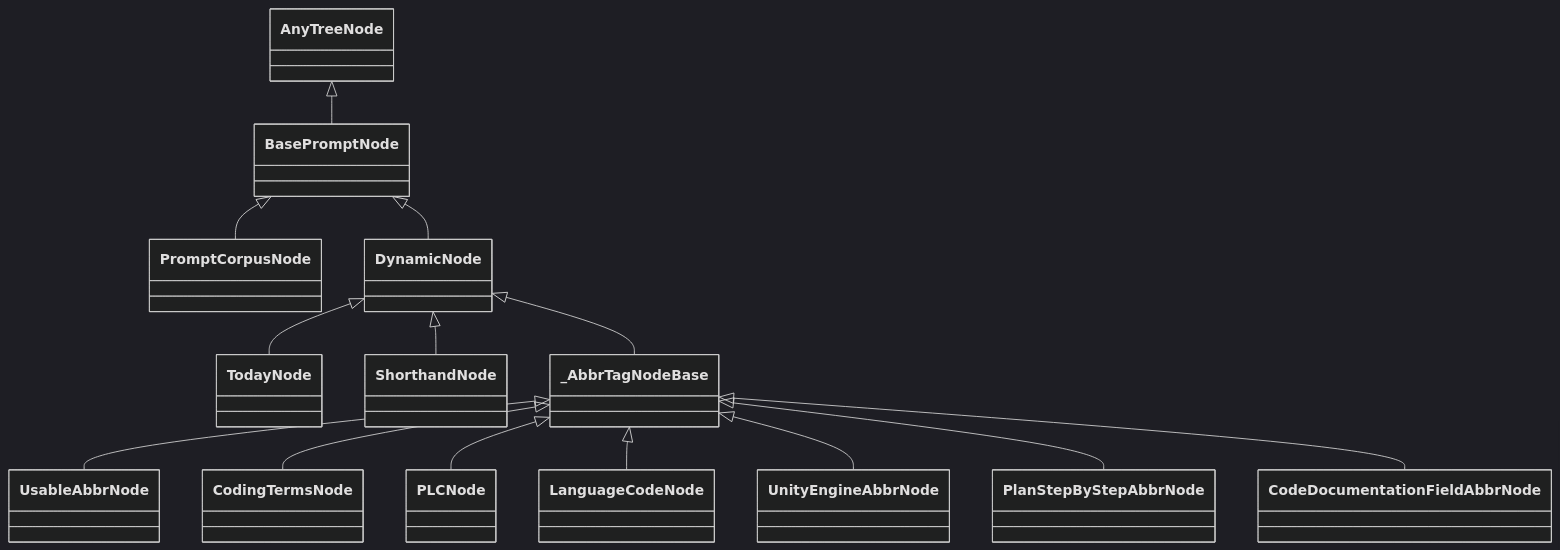
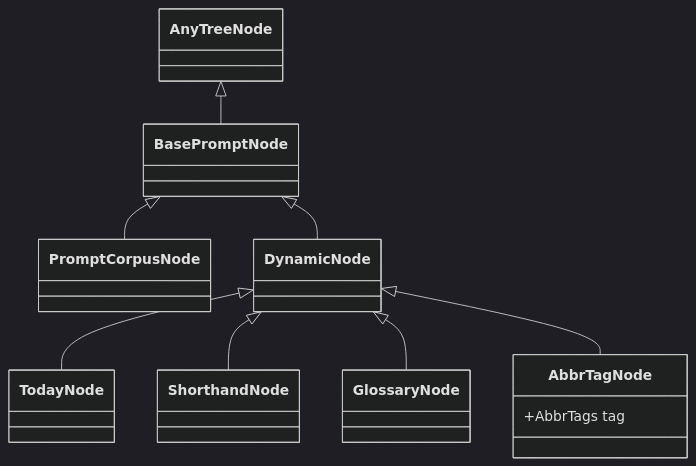
Before and after one commit to kami-lel/kaye-engine: the diagram in docs/prompt-doc.md, drawn with Mermaid (dark theme). The commit also changed other lines of this file and 8 other files, not shown here.

````diff
--- a/docs/prompt-doc.md
+++ b/docs/prompt-doc.md
@@ -221,16 +221,11 @@
 ```mermaid
 classDiagram
     AnyTreeNode <|-- BasePromptNode
     BasePromptNode <|-- PromptCorpusNode
     BasePromptNode <|-- DynamicNode
     DynamicNode <|-- TodayNode
     DynamicNode <|-- ShorthandNode
-    DynamicNode <|-- _AbbrTagNodeBase
-    _AbbrTagNodeBase <|-- UsableAbbrNode
-    _AbbrTagNodeBase <|-- CodingTermsNode
-    _AbbrTagNodeBase <|-- PLCNode
-    _AbbrTagNodeBase <|-- LanguageCodeNode
-    _AbbrTagNodeBase <|-- UnityEngineAbbrNode
-    _AbbrTagNodeBase <|-- PlanStepByStepAbbrNode
-    _AbbrTagNodeBase <|-- CodeDocumentationFieldAbbrNode
+    DynamicNode <|-- GlossaryNode
+    DynamicNode <|-- AbbrTagNode
+    AbbrTagNode : +AbbrTags tag
 ```
````
